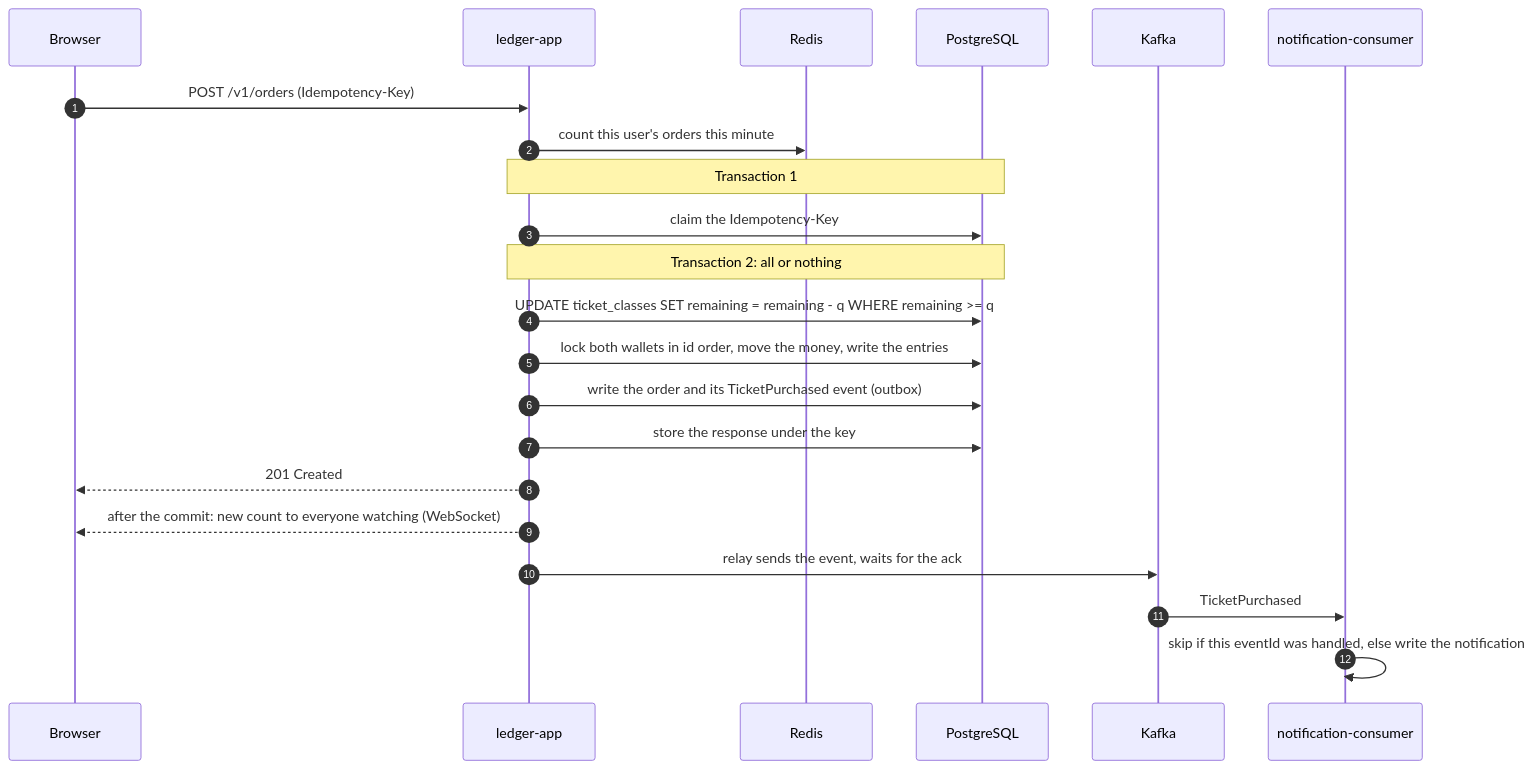
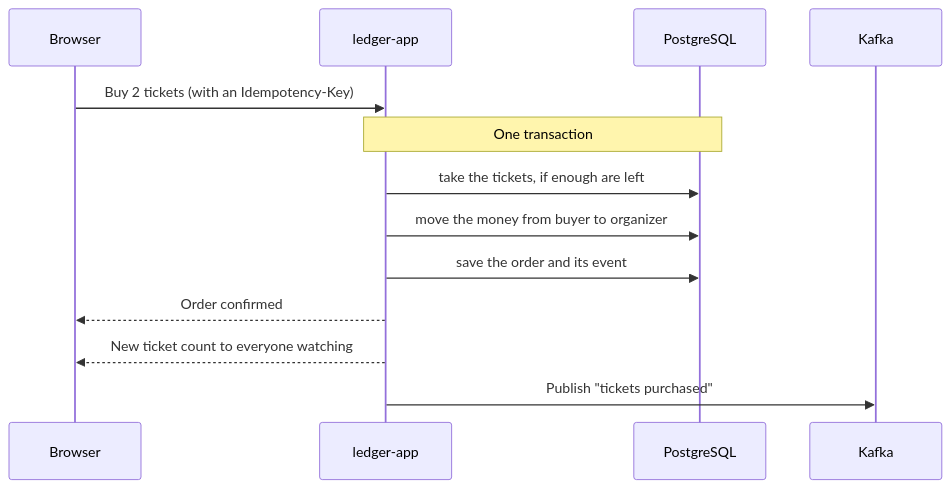
One commit to HoangThanhMan/ledgerly changed the second of 2 diagrams in README.md. Above: the diagram before and after it, drawn with Mermaid. The commit also changed other lines of this file, not shown here.

````diff
--- a/README.md
+++ b/README.md
@@ -138,25 +71,16 @@
 ```mermaid
 sequenceDiagram
-    autonumber
     participant B as Browser
     participant A as ledger-app
-    participant R as Redis
     participant DB as PostgreSQL
     participant K as Kafka
-    participant N as notification-consumer
 
-    B->>A: POST /v1/orders (Idempotency-Key)
-    A->>R: count this user's orders this minute
-    Note over A,DB: Transaction 1
-    A->>DB: claim the Idempotency-Key
-    Note over A,DB: Transaction 2: all or nothing
-    A->>DB: UPDATE ticket_classes SET remaining = remaining - q WHERE remaining >= q
-    A->>DB: lock both wallets in id order, move the money, write the entries
-    A->>DB: write the order and its TicketPurchased event (outbox)
-    A->>DB: store the response under the key
-    A-->>B: 201 Created
-    A-->>B: after the commit: new count to everyone watching (WebSocket)
-    A->>K: relay sends the event, waits for the ack
-    K->>N: TicketPurchased
-    N->>N: skip if this eventId was handled, else write the notification
+    B->>A: Buy 2 tickets (with an Idempotency-Key)
+    Note over A,DB: One transaction
+    A->>DB: take the tickets, if enough are left
+    A->>DB: move the money from buyer to organizer
+    A->>DB: save the order and its event
+    A-->>B: Order confirmed
+    A-->>B: New ticket count to everyone watching
+    A->>K: Publish "tickets purchased"
 ```
````
